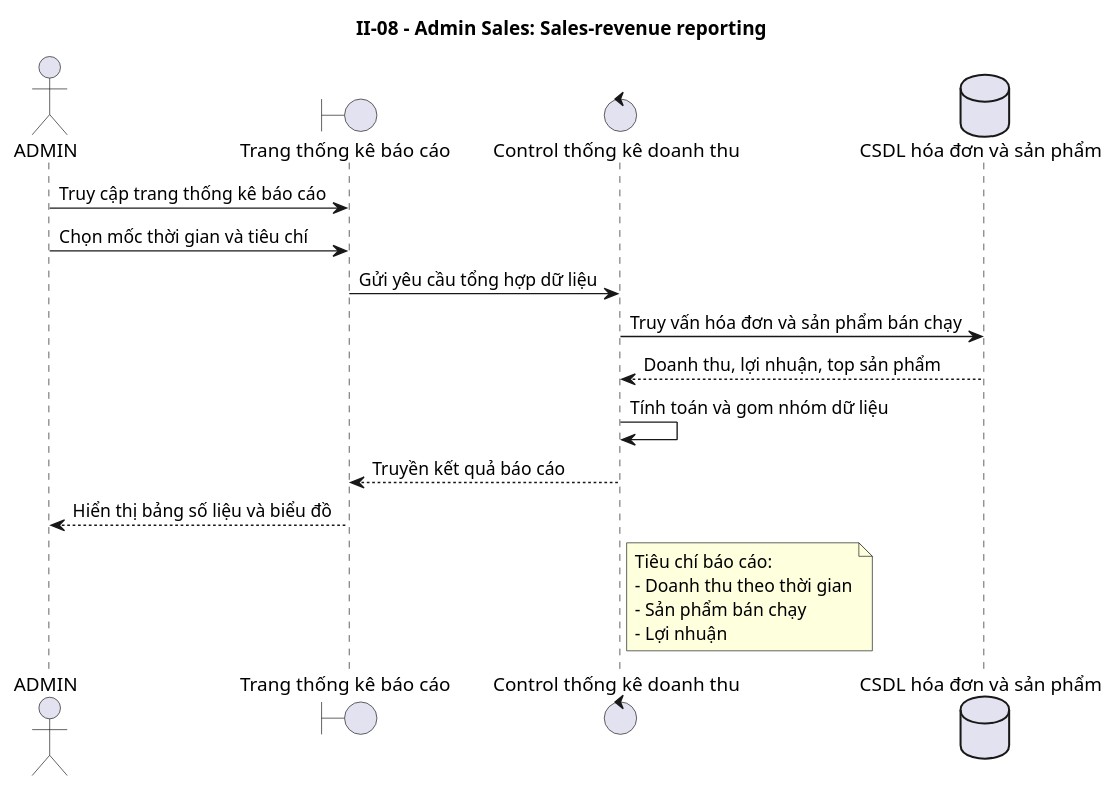
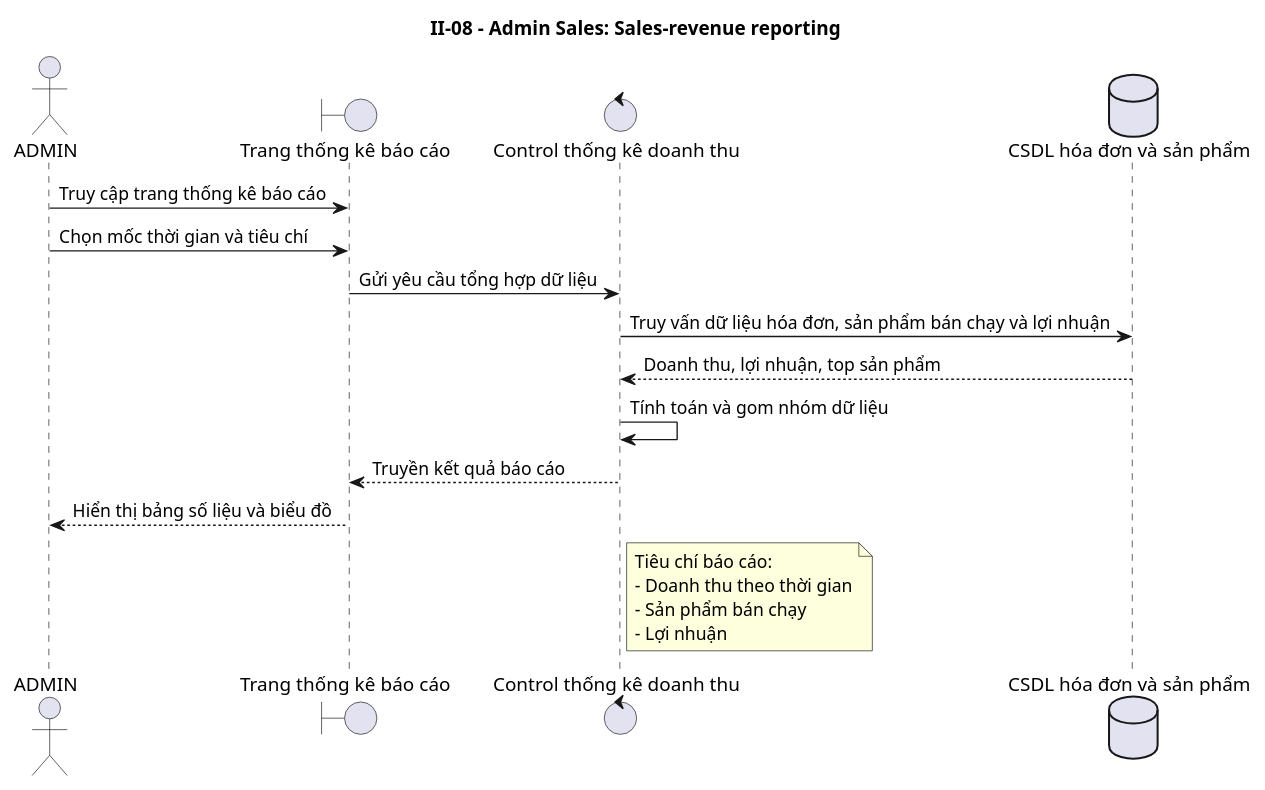
Before and after one commit to duygri/do-an-htttdn-crm: the diagram in docs/diagrams/sequence/thống kê và báo cáo doanh thu/sales-revenue-reporting.puml, drawn with PlantUML. The commit also changed 11 other files, not shown here.

Commit message:
docs: add PlantUML sequence previews

```diff
--- a/docs/diagrams/sequence/thống kê và báo cáo doanh thu/sales-revenue-reporting.puml
+++ b/docs/diagrams/sequence/thống kê và báo cáo doanh thu/sales-revenue-reporting.puml
@@ -1,24 +1,24 @@
 @startuml
 title II-08 - Admin Sales: Sales-revenue reporting
 
 actor ADMIN as Admin
 boundary "Trang thống kê báo cáo" as UI
 control "Control thống kê doanh thu" as Controller
 database "CSDL hóa đơn và sản phẩm" as DB
 
 Admin -> UI: Truy cập trang thống kê báo cáo
 Admin -> UI: Chọn mốc thời gian và tiêu chí
 UI -> Controller: Gửi yêu cầu tổng hợp dữ liệu
-Controller -> DB: Truy vấn hóa đơn và sản phẩm bán chạy
+Controller -> DB: Truy vấn dữ liệu hóa đơn, sản phẩm bán chạy và lợi nhuận
 DB --> Controller: Doanh thu, lợi nhuận, top sản phẩm
 Controller -> Controller: Tính toán và gom nhóm dữ liệu
 Controller --> UI: Truyền kết quả báo cáo
 UI --> Admin: Hiển thị bảng số liệu và biểu đồ
 
 note right of Controller
   Tiêu chí báo cáo:
   - Doanh thu theo thời gian
   - Sản phẩm bán chạy
   - Lợi nhuận
 end note
 @enduml
```
